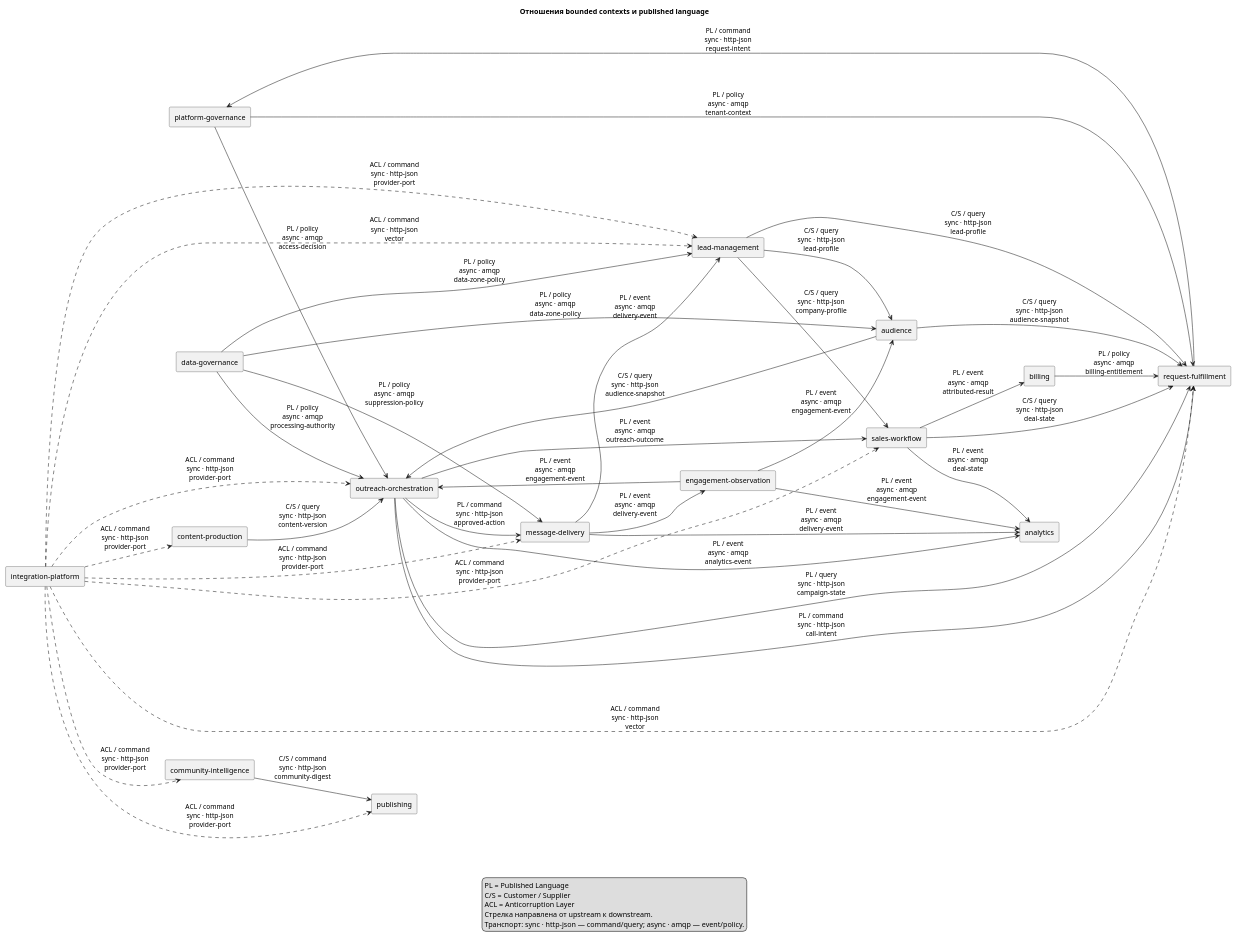
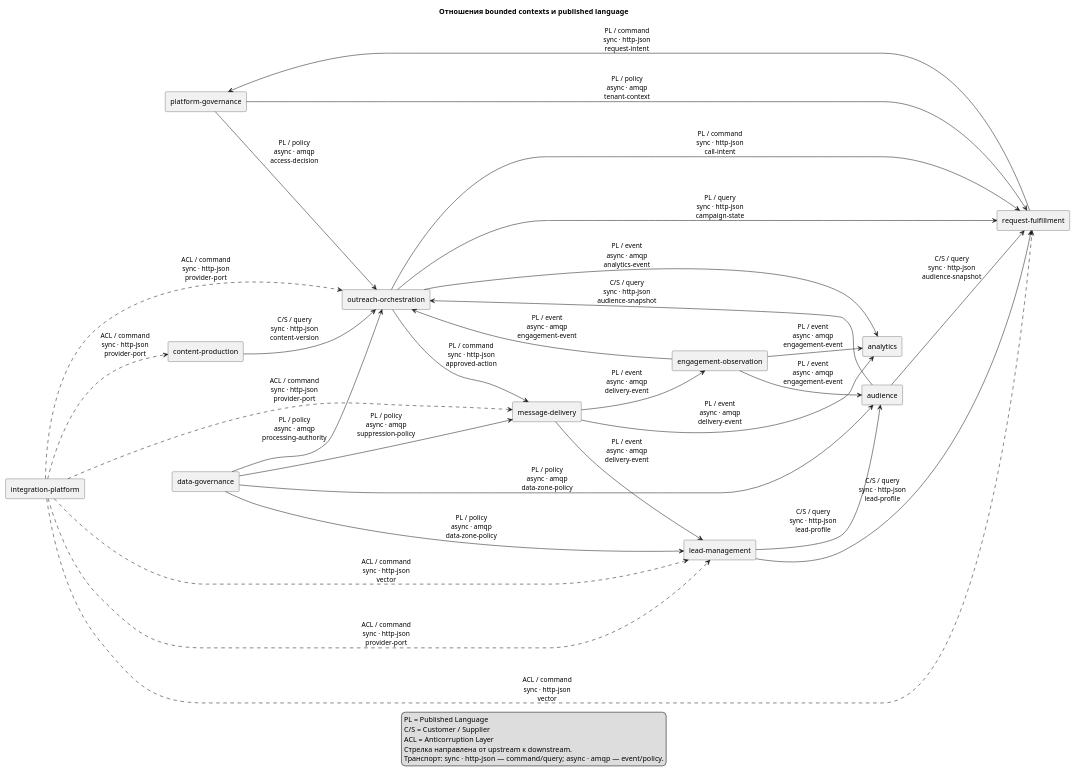
One commit to kegazani/lead-gen changed the diagram in architecture/diagrams/context-relationships.puml. Above: the diagram before and after it, drawn with PlantUML. The commit also changed 717 other files, not shown here.

```diff
--- a/architecture/diagrams/context-relationships.puml
+++ b/architecture/diagrams/context-relationships.puml
@@ -1,87 +1,69 @@
 @startuml context-relationships
 title Отношения bounded contexts и published language
 left to right direction
 skinparam componentStyle rectangle
 skinparam shadowing false
 
 rectangle "platform-governance" as Platform
 rectangle "data-governance" as Governance
 rectangle "lead-management" as Leads
 rectangle "audience" as Audience
 rectangle "content-production" as Content
 rectangle "outreach-orchestration" as Outreach
 rectangle "message-delivery" as Delivery
 rectangle "engagement-observation" as Engagement
-rectangle "sales-workflow" as Sales
-rectangle "community-intelligence" as Community
-rectangle "publishing" as Publishing
 rectangle "analytics" as Analytics
-rectangle "billing" as Billing
 rectangle "integration-platform" as Integration
 rectangle "request-fulfillment" as Requests
 
 Governance --> Leads : PL / policy\nasync · amqp\ndata-zone-policy
 Governance --> Outreach : PL / policy\nasync · amqp\nprocessing-authority
 Governance --> Delivery : PL / policy\nasync · amqp\nsuppression-policy
 Governance --> Audience : PL / policy\nasync · amqp\ndata-zone-policy
 Leads --> Audience : C/S / query\nsync · http-json\nlead-profile
-Leads --> Sales : C/S / query\nsync · http-json\ncompany-profile
 Audience --> Outreach : C/S / query\nsync · http-json\naudience-snapshot
 Content --> Outreach : C/S / query\nsync · http-json\ncontent-version
 Outreach --> Delivery : PL / command\nsync · http-json\napproved-action
 Delivery --> Engagement : PL / event\nasync · amqp\ndelivery-event
 Delivery --> Leads : PL / event\nasync · amqp\ndelivery-event
 Engagement --> Outreach : PL / event\nasync · amqp\nengagement-event
 Engagement --> Audience : PL / event\nasync · amqp\nengagement-event
-Outreach --> Sales : PL / event\nasync · amqp\noutreach-outcome
-Sales --> Billing : PL / event\nasync · amqp\nattributed-result
-Community --> Publishing : C/S / command\nsync · http-json\ncommunity-digest
 Outreach --> Analytics : PL / event\nasync · amqp\nanalytics-event
 Delivery --> Analytics : PL / event\nasync · amqp\ndelivery-event
 Engagement --> Analytics : PL / event\nasync · amqp\nengagement-event
-Sales --> Analytics : PL / event\nasync · amqp\ndeal-state
 Platform --> Outreach : PL / policy\nasync · amqp\naccess-decision
 
 Integration ..> Leads : ACL / command\nsync · http-json\nprovider-port
 Integration ..> Leads : ACL / command\nsync · http-json\nvector
 Integration ..> Content : ACL / command\nsync · http-json\nprovider-port
 Integration ..> Delivery : ACL / command\nsync · http-json\nprovider-port
-Integration ..> Sales : ACL / command\nsync · http-json\nprovider-port
-Integration ..> Community : ACL / command\nsync · http-json\nprovider-port
-Integration ..> Publishing : ACL / command\nsync · http-json\nprovider-port
 Integration ..> Outreach : ACL / command\nsync · http-json\nprovider-port
 
 Platform --> Requests : PL / policy\nasync · amqp\ntenant-context
 Leads --> Requests : C/S / query\nsync · http-json\nlead-profile
 Audience --> Requests : C/S / query\nsync · http-json\naudience-snapshot
 Outreach --> Requests : PL / query\nsync · http-json\ncampaign-state
 Outreach --> Requests : PL / command\nsync · http-json\ncall-intent
 Requests --> Platform : PL / command\nsync · http-json\nrequest-intent
-Sales --> Requests : C/S / query\nsync · http-json\ndeal-state
-Billing --> Requests : PL / policy\nasync · amqp\nbilling-entitlement
 Integration ..> Requests : ACL / command\nsync · http-json\nvector
 
 legend bottom
   PL = Published Language
   C/S = Customer / Supplier
   ACL = Anticorruption Layer
   Стрелка направлена от upstream к downstream.
   Транспорт: sync · http-json — command/query; async · amqp — event/policy.
 endlegend
 
 ' CTX:platform-governance
 ' CTX:data-governance
 ' CTX:lead-management
 ' CTX:audience
 ' CTX:content-production
 ' CTX:outreach-orchestration
 ' CTX:message-delivery
 ' CTX:engagement-observation
-' CTX:sales-workflow
-' CTX:community-intelligence
-' CTX:publishing
 ' CTX:analytics
-' CTX:billing
 ' CTX:integration-platform
 ' CTX:request-fulfillment
 @enduml
```
